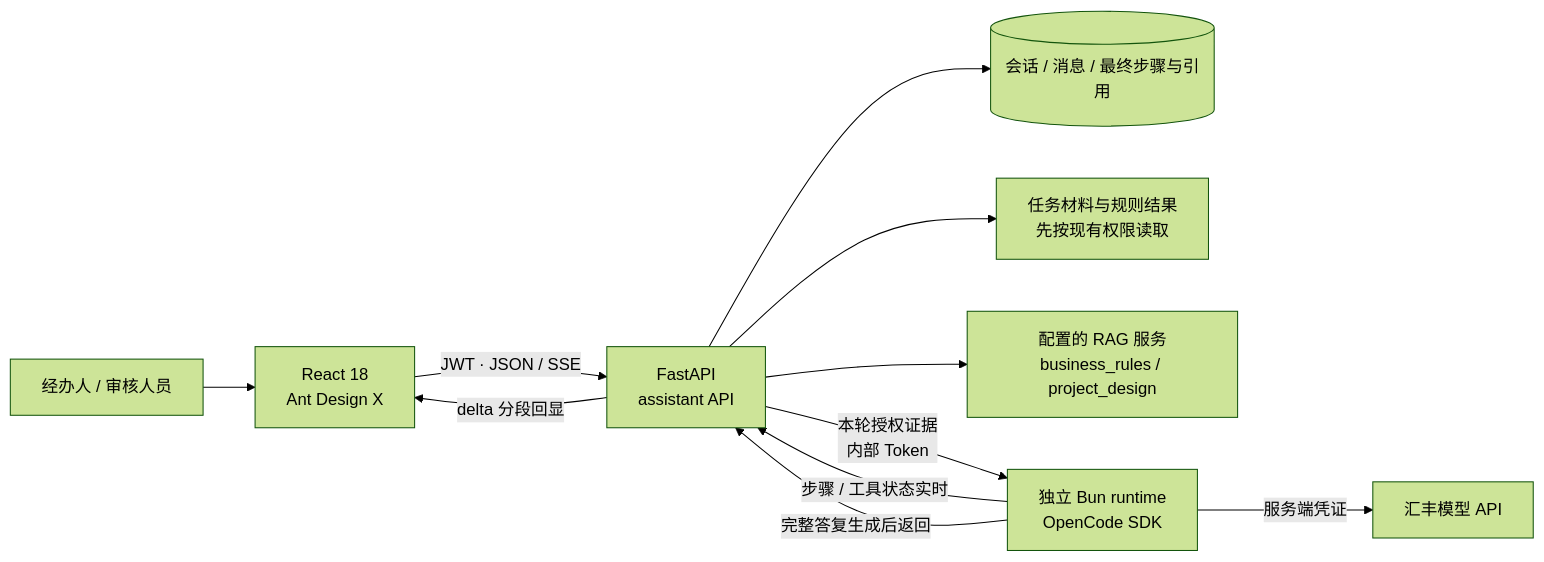
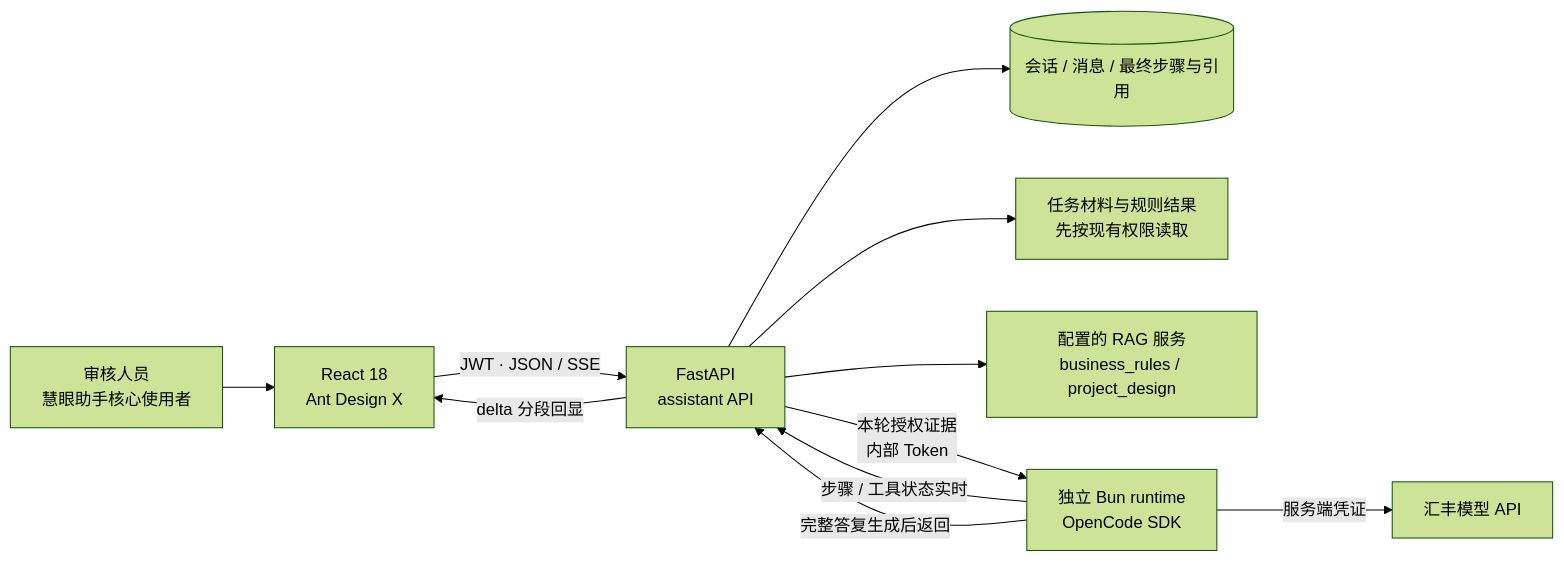
One commit to HBCN-AI-Campaign/HBCN-AI-Campaign-Team8 changed the second of 6 diagrams in docs/ai-assistant/多人协作AI对话调研与优化方案.md. Above: the diagram before and after it, drawn with Mermaid (forest theme). The commit also changed other lines of this file and 1 other file, not shown here.

````diff
--- a/docs/ai-assistant/多人协作AI对话调研与优化方案.md
+++ b/docs/ai-assistant/多人协作AI对话调研与优化方案.md
@@ -100,13 +109,13 @@
 ```mermaid
 flowchart LR
-  U[经办人 / 审核人员] --> UI[React 18<br/>Ant Design X]
+  U[审核人员<br/>慧眼助手核心使用者] --> UI[React 18<br/>Ant Design X]
   UI -->|JWT · JSON / SSE| API[FastAPI<br/>assistant API]
   API --> DB[(会话 / 消息 / 最终步骤与引用)]
   API --> TASK[任务材料与规则结果<br/>先按现有权限读取]
   API --> RAG[配置的 RAG 服务<br/>business_rules / project_design]
   API -->|本轮授权证据<br/>内部 Token| RT[独立 Bun runtime<br/>OpenCode SDK]
   RT -->|服务端凭证| HSBC[汇丰模型 API]
   RT -->|步骤 / 工具状态实时| API
   RT -->|完整答复生成后返回| API
   API -->|delta 分段回显| UI
 ```
````
